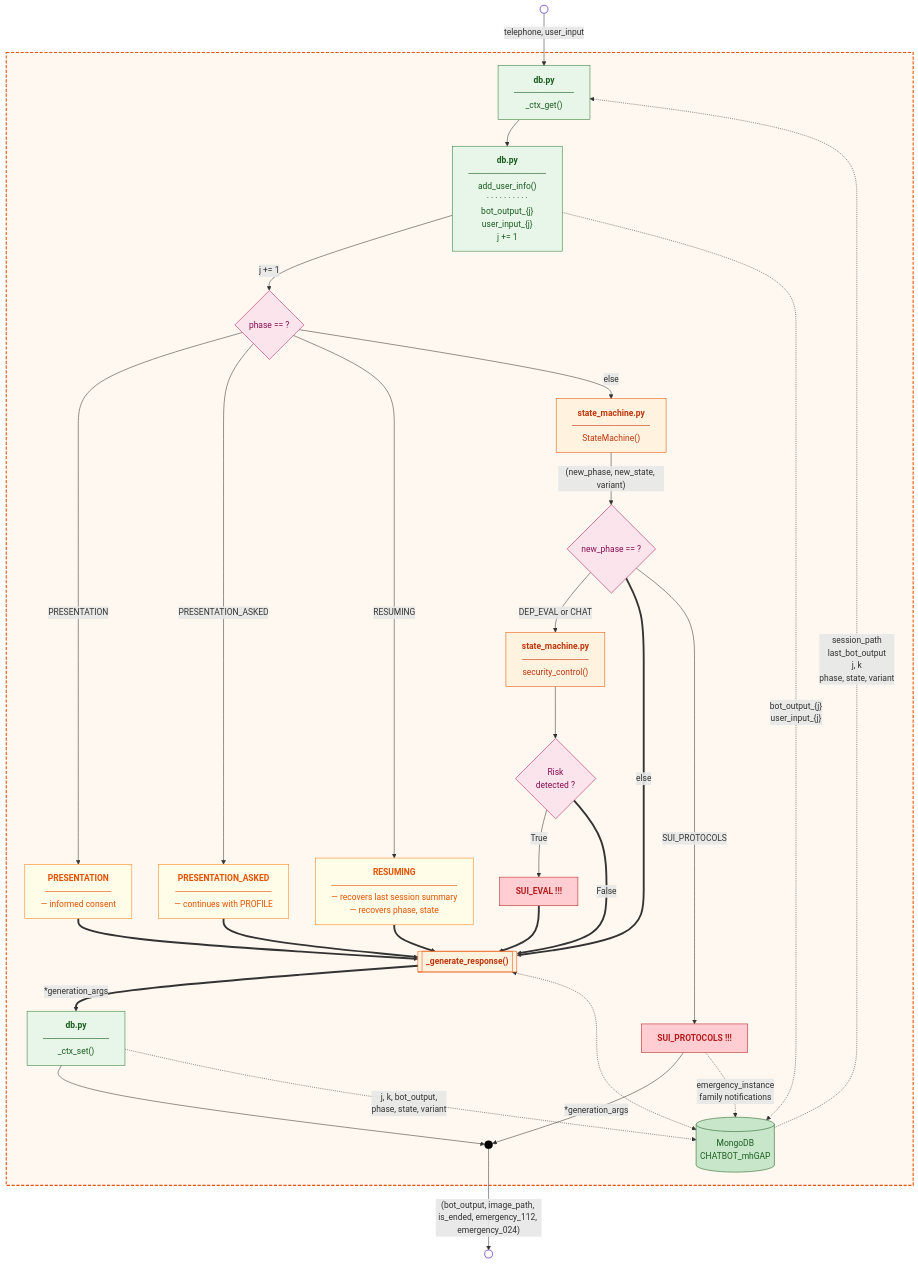
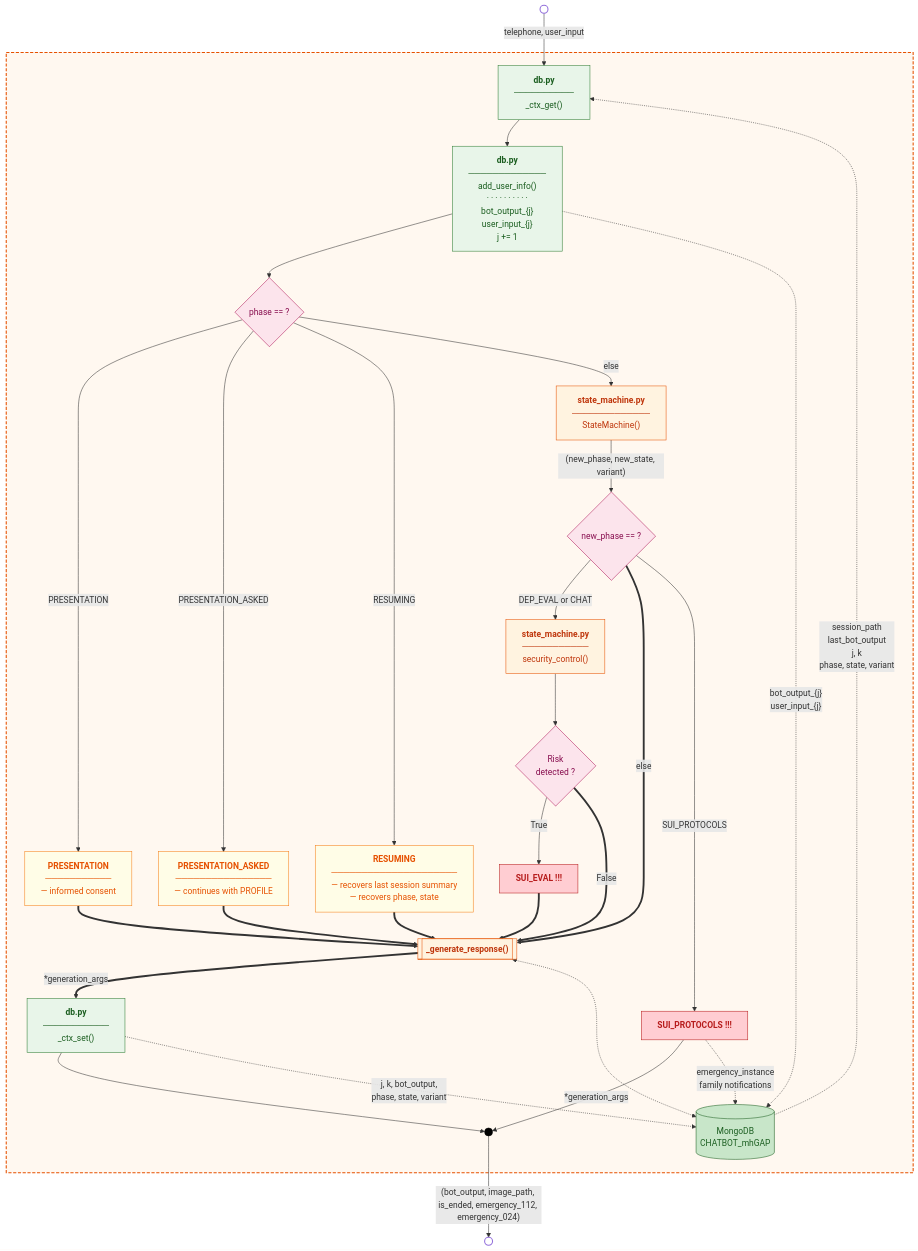
One commit to JordiiQueralto/AURORA_mhGAP-IG_v2.0 changed the fourth of 9 diagrams in diagrams/Z2_Backend_flow_diagram.md. Above: the diagram before and after it, drawn with Mermaid. The commit also changed other lines of this file and 20 other files, not shown here.

Commit message:
style: variables consistency and diagrams

````diff
--- a/diagrams/Z2_Backend_flow_diagram.md
+++ b/diagrams/Z2_Backend_flow_diagram.md
@@ -208,81 +210,81 @@
 ```mermaid
 flowchart TD
 
     START(( )):::circle
     FINISH(( )):::circle
 
     START -->|"telephone, user_input"| CTX_GET
 
     subgraph PROCESS_MSG[" "]
 
         CTX_GET["<b>db.py</b><br/>──────────<br/>_ctx_get()"]:::dbmod
         HIST["<b>db.py</b><br/>─────────────<br/>add_user_info()<br/>· · · · · · · · · ·<br/>bot_output_{j}<br/>user_input_{j}<br/>j += 1"]:::dbmod
 
         SWITCH{phase == ?}:::decision
 
         PRES["<b>PRESENTATION</b><br/>───────────<br/>— informed consent"]:::flowblock
 
         PRES_ASK["<b>PRESENTATION_ASKED</b><br/>────────────────<br/>— continues with PROFILE"]:::flowblock
 
         RES["<b>RESUMING</b><br/>─────────────────────<br/>— recovers last session summary<br/>— recovers phase, state"]:::flowblock
 
         FSM["<b>state_machine.py</b><br/>─────────────<br/>StateMachine()"]:::module
 
         FSM_GATE{new_phase == ?}:::decision
 
         SEC["<b>state_machine.py</b><br/>───────────<br/>security_control()"]:::module
 
         RISK{Risk<br/>detected ?}:::decision
 
         EMERGENCY["<b>SUI_EVAL !!!</b>"]:::emergency
 
         SUI_PROT["<b>SUI_PROTOCOLS !!!</b>"]:::emergency
 
         GEN_RESP[["<b>_generate_response()</b>"]]:::module
 
         CTX_SET["<b>db.py</b><br/>───────────<br/>_ctx_set()"]:::dbmod
 
         MONGO[("MongoDB<br/>CHATBOT_mhGAP")]:::db
 
         BOTTOM(( )):::junction
 
         CTX_GET --> HIST
-        HIST -->|"j += 1"| SWITCH
+        HIST --> SWITCH
 
         SWITCH -->|"PRESENTATION"| PRES ==> GEN_RESP
         SWITCH -->|"PRESENTATION_ASKED"| PRES_ASK ==> GEN_RESP
         SWITCH -->|"RESUMING"| RES ==> GEN_RESP
         SWITCH -->|"else"| FSM
 
         FSM -->|"(new_phase, new_state, variant)"| FSM_GATE
         FSM_GATE -->|"DEP_EVAL or CHAT"| SEC --> RISK
         FSM_GATE ==>|"else"| GEN_RESP
         FSM_GATE -->|"SUI_PROTOCOLS"| SUI_PROT -->|"*generation_args"| BOTTOM
         
         RISK -->|True| EMERGENCY ==> GEN_RESP
         RISK ==>|False| GEN_RESP
 
         GEN_RESP ==>|"*generation_args"| CTX_SET
 
         MONGO -.->|"session_path<br/>last_bot_output<br/>j, k<br/>phase, state, variant"| CTX_GET
         HIST -.->|"bot_output_{j}<br/>user_input_{j}"| MONGO
         CTX_SET --> BOTTOM
         CTX_SET -.->|"j, k, bot_output,<br/>phase, state, variant"| MONGO
         GEN_RESP <-.-> MONGO
         SUI_PROT -.->|"emergency_instance<br/>family notifications"| MONGO
 
     end
 
     BOTTOM -->|"(bot_output, image_path, is_ended, emergency_112, emergency_024)"| FINISH
 
     classDef circle    fill:#ffffff,stroke:#9370db,stroke-width:2px,color:#ffffff
     classDef junction  fill:#000000,stroke:#000000,color:#000000
     classDef module    fill:#fff3e0,stroke:#e65100,color:#bf360c
     classDef flowblock fill:#fffde7,stroke:#f57f17,color:#e65100
     classDef decision  fill:#fce4ec,stroke:#ad1457,color:#880e4f
     classDef dbmod     fill:#e8f5e9,stroke:#2e7d32,color:#1b5e20
     classDef db        fill:#c8e6c9,stroke:#1b5e20,color:#1b5e20
     classDef emergency fill:#ffcdd2,stroke:#b71c1c,color:#b71c1c
 
     style PROCESS_MSG fill:#fff8f0,stroke:#e65100,stroke-width:2px,stroke-dasharray: 6 3
 ```
````
